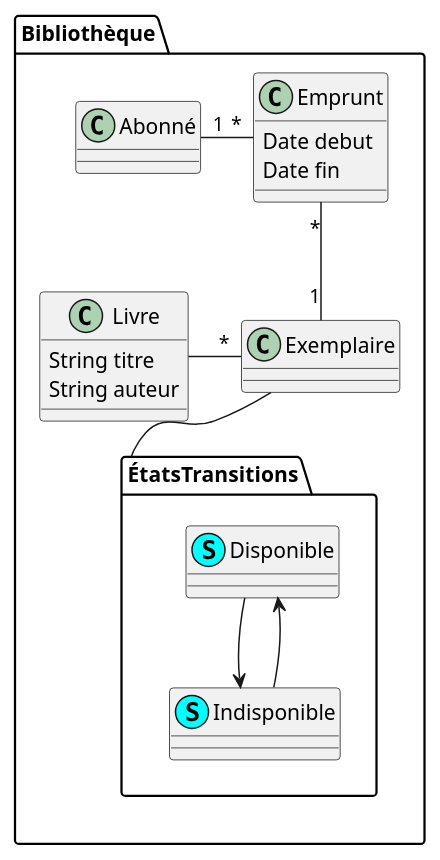
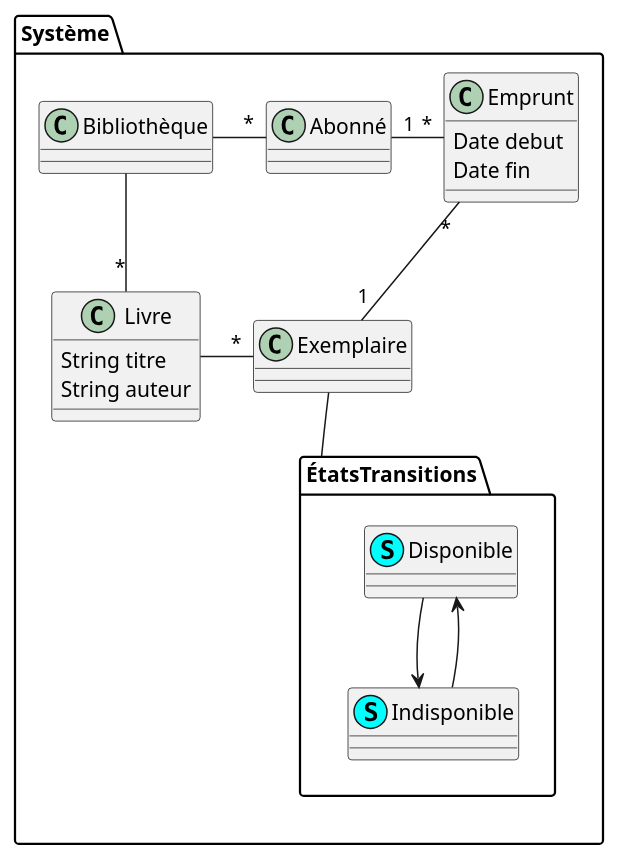
Before and after one commit to AtalM2/Courses: the first of 5 diagrams in Genie Logiciel/cm-2012-10-01.org, drawn with PlantUML. The commit also changed other lines of this file, not shown here.

```diff
--- a/Genie Logiciel/cm-2012-10-01.org
+++ b/Genie Logiciel/cm-2012-10-01.org
@@ -35,31 +37,33 @@
-    #+BEGIN_SRC plantuml :file class_diagram.png
+    #+BEGIN_SRC plantuml :file class_diagram_base.png
       
-      package "Bibliothèque" {
+      package "Système" {
       
       class Livre {
       String titre
       String auteur
       }
       
       class Emprunt {
       Date debut
       Date fin
       }
+      
+      Bibliothèque -right- "*" Abonné
+      Bibliothèque -- "*" Livre
       
       Livre -right- "*" Exemplaire
       Exemplaire "1" -up- "*" Emprunt
       Emprunt "*" -left- "1" Abonné
       
       Exemplaire -- ÉtatsTransitions
       
       package ÉtatsTransitions {
       class Disponible << (S, cyan) >>
       class Indisponible << (S, cyan) >>
       Disponible --> Indisponible
       Disponible <-- Indisponible
       }      
       
       }
       
-      
     #+END_SRC
```
